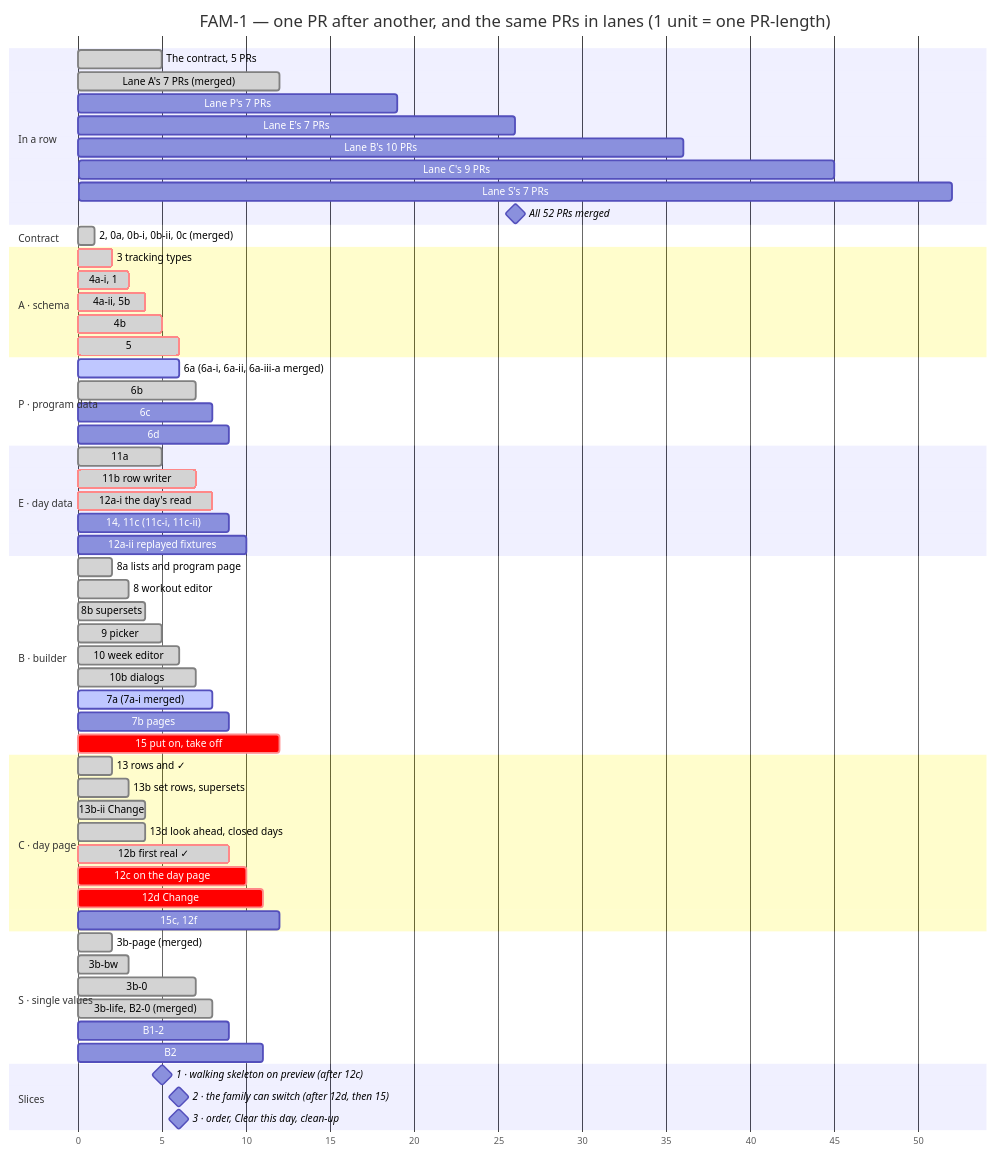
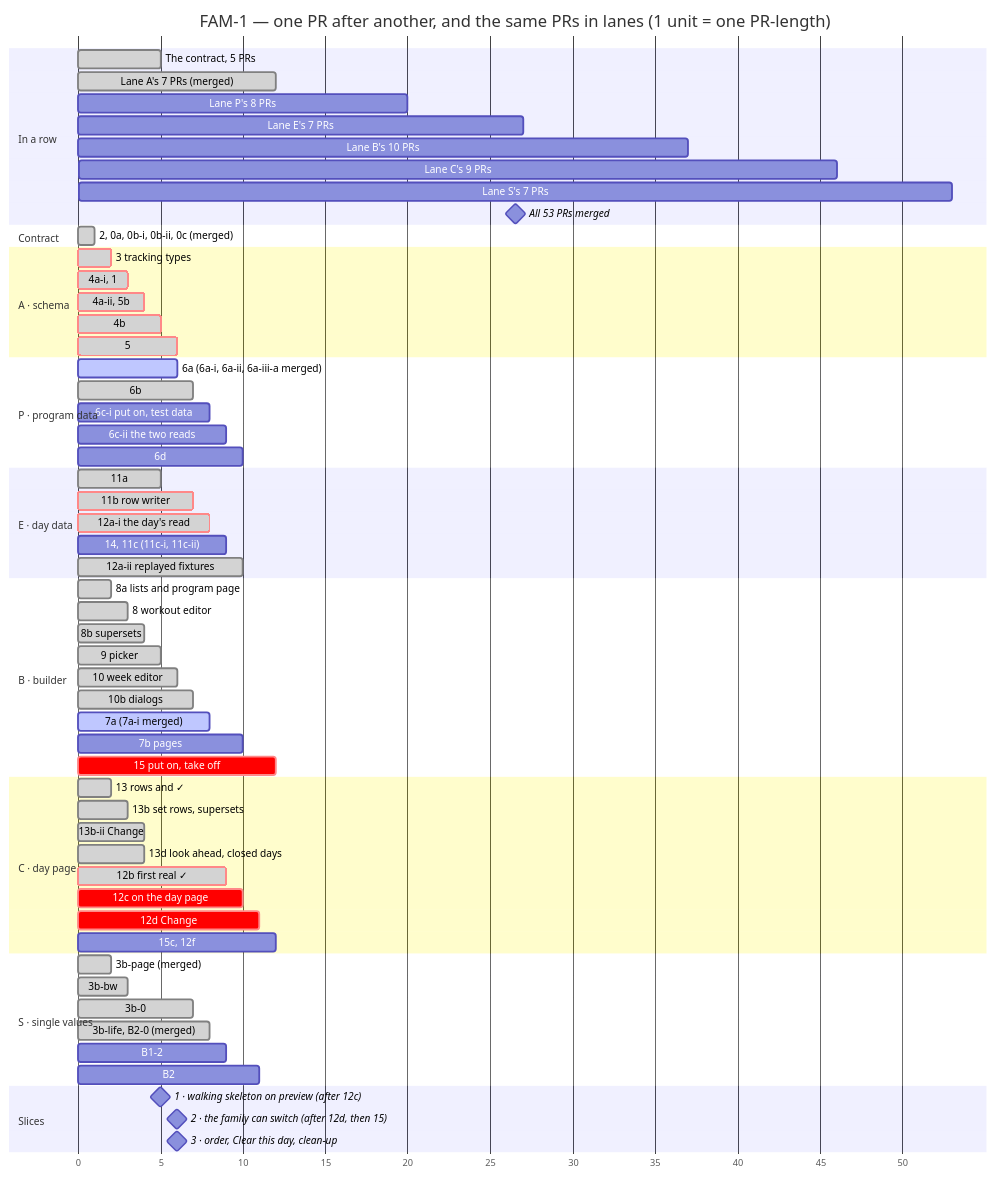
Before and after one commit to ralamode/mat-plan: the second of 2 diagrams in docs/milestones/fam-1-family-program.md, drawn with Mermaid. The commit also changed other lines of this file and 1 other file, not shown here.

Commit message:
docs(fam-1): 6c is two prs, 6c-i and 6c-ii; 12c waits for 6c-i only

````diff
--- a/docs/milestones/fam-1-family-program.md
+++ b/docs/milestones/fam-1-family-program.md
@@ -258,74 +258,75 @@
 ```mermaid
 gantt
   title FAM-1 — one PR after another, and the same PRs in lanes (1 unit = one PR-length)
   dateFormat X
   axisFormat %s
   todayMarker off
 
   section In a row
   The contract, 5 PRs          :done, r0, 0, 5
   Lane A's 7 PRs (merged)      :done, r1, 5, 12
-  Lane P's 7 PRs               :r2, 12, 19
-  Lane E's 7 PRs               :r3, 19, 26
-  Lane B's 10 PRs              :r4, 26, 36
-  Lane C's 9 PRs               :r5, 36, 45
-  Lane S's 7 PRs               :r6, 45, 52
-  All 52 PRs merged            :milestone, rm, 52, 52
+  Lane P's 8 PRs               :r2, 12, 20
+  Lane E's 7 PRs               :r3, 20, 27
+  Lane B's 10 PRs              :r4, 27, 37
+  Lane C's 9 PRs               :r5, 37, 46
+  Lane S's 7 PRs               :r6, 46, 53
+  All 53 PRs merged            :milestone, rm, 53, 53
 
   section Contract
   2, 0a, 0b-i, 0b-ii, 0c (merged) :done, c0, 0, 1
 
   section A · schema
   3 tracking types             :crit, done, a1, 1, 2
   4a-i, 1                      :crit, done, a2, 2, 3
   4a-ii, 5b                    :crit, done, a3, 3, 4
   4b                           :crit, done, a4, 4, 5
   5                            :crit, done, a5, 5, 6
 
   section P · program data
   6a (6a-i, 6a-ii, 6a-iii-a merged) :active, p1, 5, 6
   6b                           :done, p2, 6, 7
-  6c                           :p3, 7, 8
-  6d                           :p4, 8, 9
+  6c-i put on, test data       :p3, 7, 8
+  6c-ii the two reads          :p3b, 8, 9
+  6d                           :p4, 9, 10
 
   section E · day data
   11a                          :done, e1, 4, 5
   11b row writer               :crit, done, e2, 5, 7
   12a-i the day's read         :crit, done, e3, 7, 8
   14, 11c (11c-i, 11c-ii)      :e4, 8, 9
-  12a-ii replayed fixtures     :e5, 9, 10
+  12a-ii replayed fixtures     :done, e5, 9, 10
 
   section B · builder
   8a lists and program page    :done, b1, 1, 2
   8 workout editor             :done, b2, 2, 3
   8b supersets                 :done, b3, 3, 4
   9 picker                     :done, b4, 4, 5
   10 week editor               :done, b5, 5, 6
   10b dialogs                  :done, b6, 6, 7
   7a (7a-i merged)             :active, b7, 7, 8
-  7b pages                     :b8, 8, 9
+  7b pages                     :b8, 9, 10
   15 put on, take off          :crit, b9, 11, 12
 
   section C · day page
   13 rows and ✓                :done, c1, 1, 2
   13b set rows, supersets      :done, c2, 2, 3
   13b-ii Change                :done, c2b, 3, 4
   13d look ahead, closed days  :done, c3, 3, 4
   12b first real ✓             :crit, done, c4, 8, 9
   12c on the day page          :crit, c5, 9, 10
   12d Change                   :crit, c6, 10, 11
   15c, 12f                     :c7, 11, 12
 
   section S · single values
   3b-page (merged)             :done, s1, 1, 2
   3b-bw                        :done, s2, 2, 3
   3b-0                         :done, s3, 6, 7
   3b-life, B2-0 (merged)       :done, s4, 7, 8
   B1-2                         :s5, 8, 9
   B2                           :s6, 10, 11
 
   section Slices
   1 · walking skeleton on preview (after 12c) :milestone, m1, 10, 10
   2 · the family can switch (after 12d, then 15) :milestone, m2, 12, 12
   3 · order, Clear this day, clean-up         :milestone, m3, 12, 12
 ```
````
